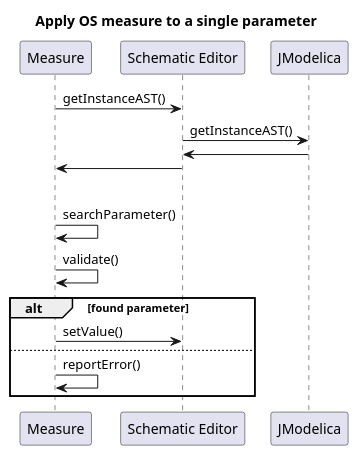
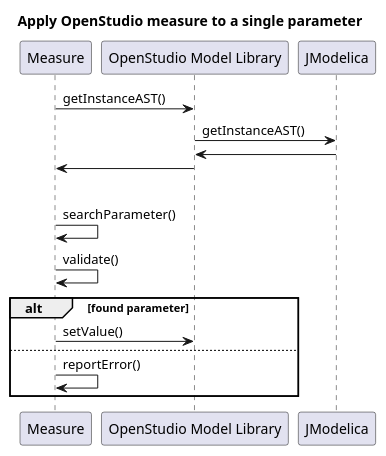
The third of 4 diagrams in doc-design/source/useCases.rst (lbl-srg/soep), drawn with PlantUML before and after one commit. The commit also changed other lines of this file and 57 other files, not shown here.

```diff
--- a/doc-design/source/useCases.rst
+++ b/doc-design/source/useCases.rst
@@ -339,17 +353,17 @@
 .. uml::
-   :caption: Applying an OS measure to a single parameter.
+   :caption: Applying an OpenStudio measure to a single parameter.
 
-   title Apply OS measure to a single parameter
+   title Apply OpenStudio measure to a single parameter
 
-   Measure -> "Schematic Editor": getInstanceAST()
-   "Schematic Editor" -> JModelica: getInstanceAST()
-   "Schematic Editor" <- JModelica
-   Measure <- "Schematic Editor"
+   Measure -> "OpenStudio Model Library": getInstanceAST()
+   "OpenStudio Model Library" -> JModelica: getInstanceAST()
+   "OpenStudio Model Library" <- JModelica
+   Measure <- "OpenStudio Model Library"
    |||
    Measure -> Measure: searchParameter()
    Measure -> Measure: validate()
    alt found parameter
-     Measure -> "Schematic Editor": setValue()
+     Measure -> "OpenStudio Model Library": setValue()
    else
      Measure -> Measure: reportError()
    end
```
